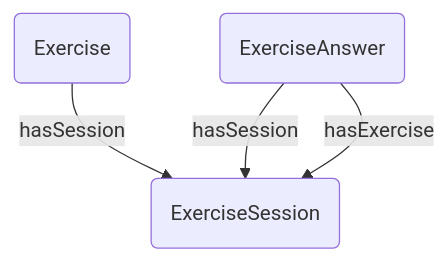
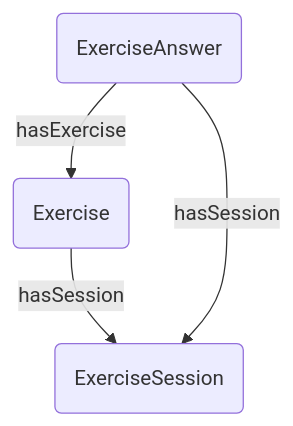
Diagram 12 of 17 in docs/graph-representation.md (Explik/diybirdyapp), drawn with Mermaid before and after one commit. The commit also changed 8 other files, not shown here.

Commit message:
Updating ExerciseSession and Exercise relationship

````diff
--- a/docs/graph-representation.md
+++ b/docs/graph-representation.md
@@ -192,10 +192,10 @@
 ```mermaid
 graph TB
-ExerciseSession(ExerciseSession) 
 Exercise(Exercise)
 ExerciseAnswer(ExerciseAnswer)
+ExerciseSession(ExerciseSession)
 
 Exercise--hasSession-->ExerciseSession
 ExerciseAnswer--hasSession-->ExerciseSession
-ExerciseAnswer--hasExercise-->ExerciseSession
+ExerciseAnswer--hasExercise-->Exercise
 ```
````
